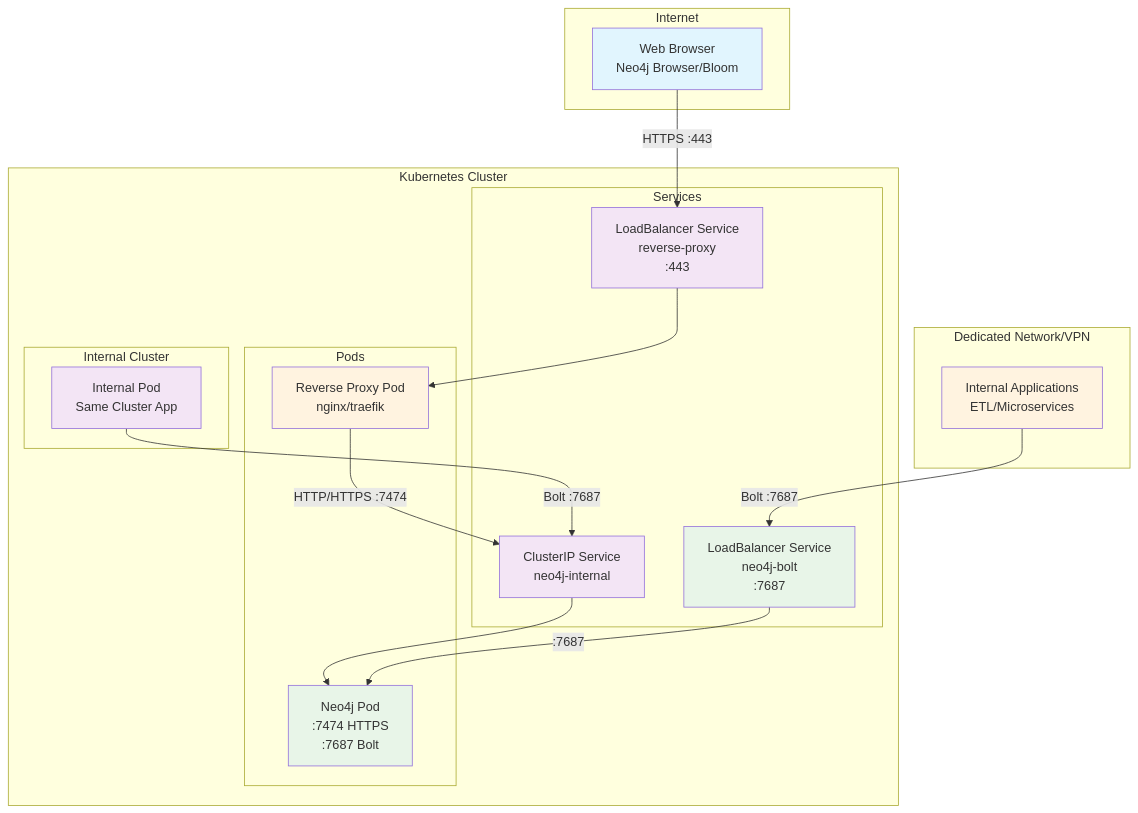
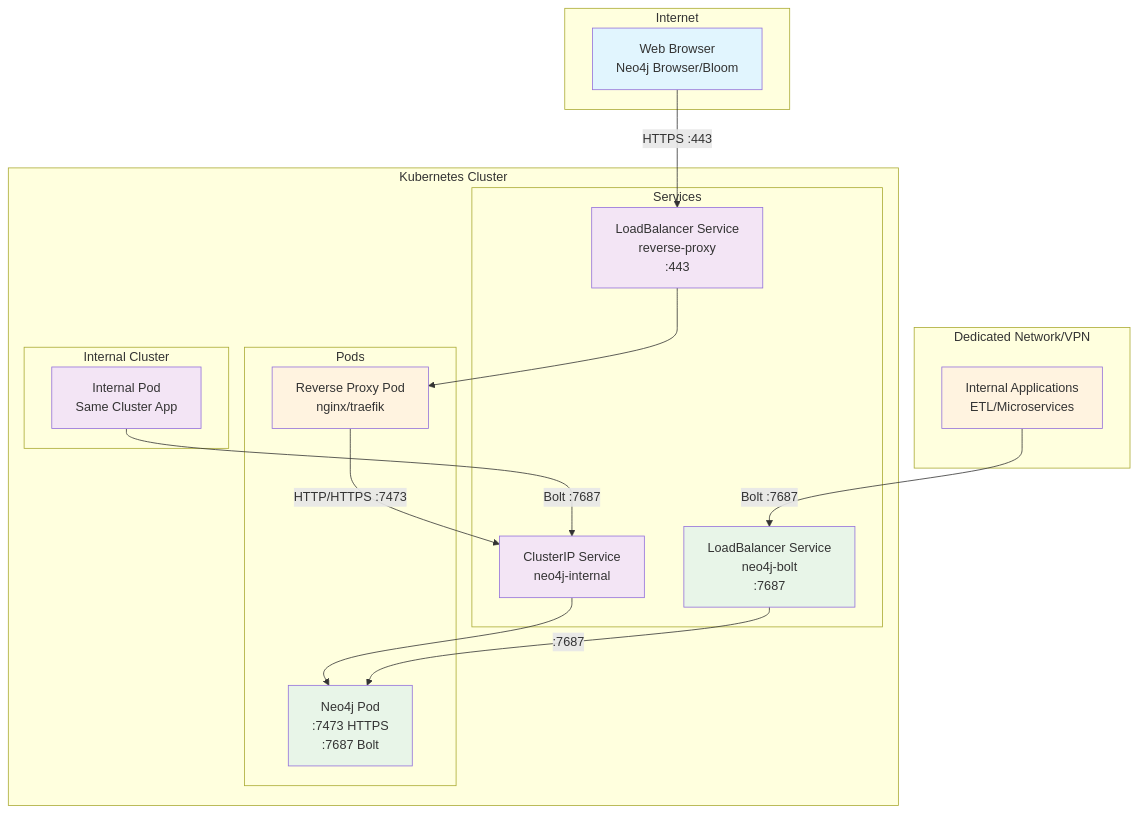
One commit to chboudry/neo4j-kubernetes changed the fourth of 4 diagrams in readme.md. Above: the diagram before and after it, drawn with Mermaid. The commit also changed other lines of this file and 38 other files, not shown here.

Commit message:
remove helm charts

````diff
--- a/readme.md
+++ b/readme.md
@@ -166,45 +166,45 @@
 ```mermaid
 graph TB
     subgraph "Internet"
         WebClient[Web Browser<br/>Neo4j Browser/Bloom]
     end
     
     subgraph "Dedicated Network/VPN"
         InternalApp[Internal Applications<br/>ETL/Microservices]
     end
     
     subgraph "Kubernetes Cluster"
         subgraph "Services"
             RPLB[LoadBalancer Service<br/>reverse-proxy<br/>:443]
             BoltLB[LoadBalancer Service<br/>neo4j-bolt<br/>:7687]
             Neo4jSvc[ClusterIP Service<br/>neo4j-internal]
         end
         
         subgraph "Pods"
             RP[Reverse Proxy Pod<br/>nginx/traefik]
-            Neo4j[Neo4j Pod<br/>:7474 HTTPS<br/>:7687 Bolt]
+            Neo4j[Neo4j Pod<br/>:7473 HTTPS<br/>:7687 Bolt]
         end
         
         subgraph "Internal Cluster"
             ClusterApp[Internal Pod<br/>Same Cluster App]
         end
     end
     
     WebClient -->|HTTPS :443| RPLB
     InternalApp -->|Bolt :7687| BoltLB
     ClusterApp -->|Bolt :7687| Neo4jSvc
     
     RPLB --> RP
-    RP -->|HTTP/HTTPS :7474| Neo4jSvc
+    RP -->|HTTP/HTTPS :7473| Neo4jSvc
     BoltLB -->|:7687| Neo4j
     Neo4jSvc --> Neo4j
     
     style WebClient fill:#e1f5fe
     style InternalApp fill:#fff3e0
     style ClusterApp fill:#f3e5f5
     style RPLB fill:#f3e5f5
     style BoltLB fill:#e8f5e8
     style RP fill:#fff3e0
     style Neo4jSvc fill:#f3e5f5
     style Neo4j fill:#e8f5e8
 ```
````
